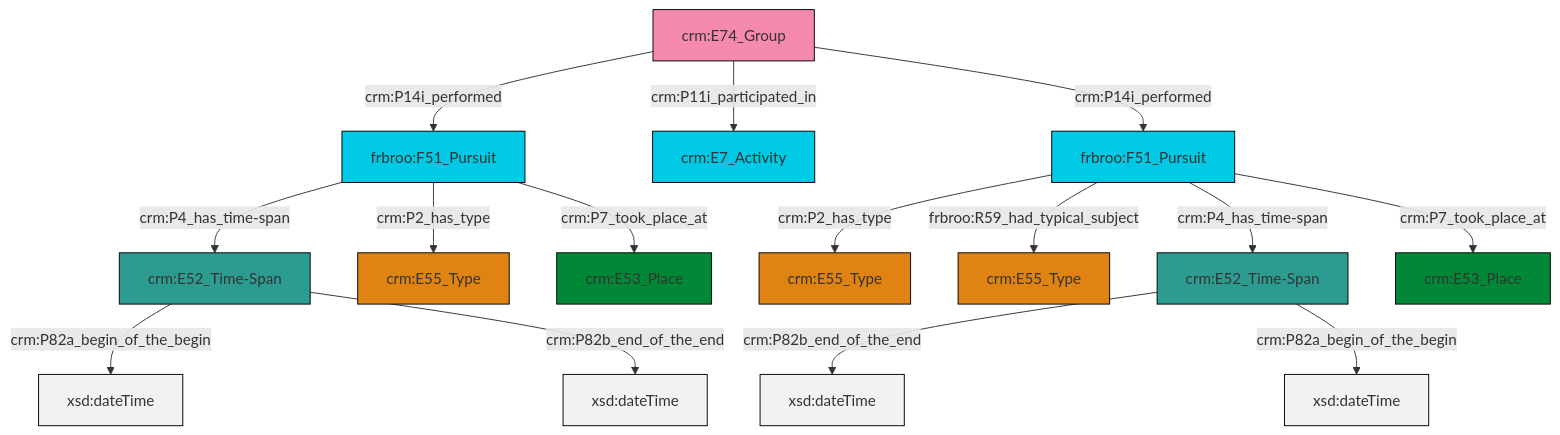
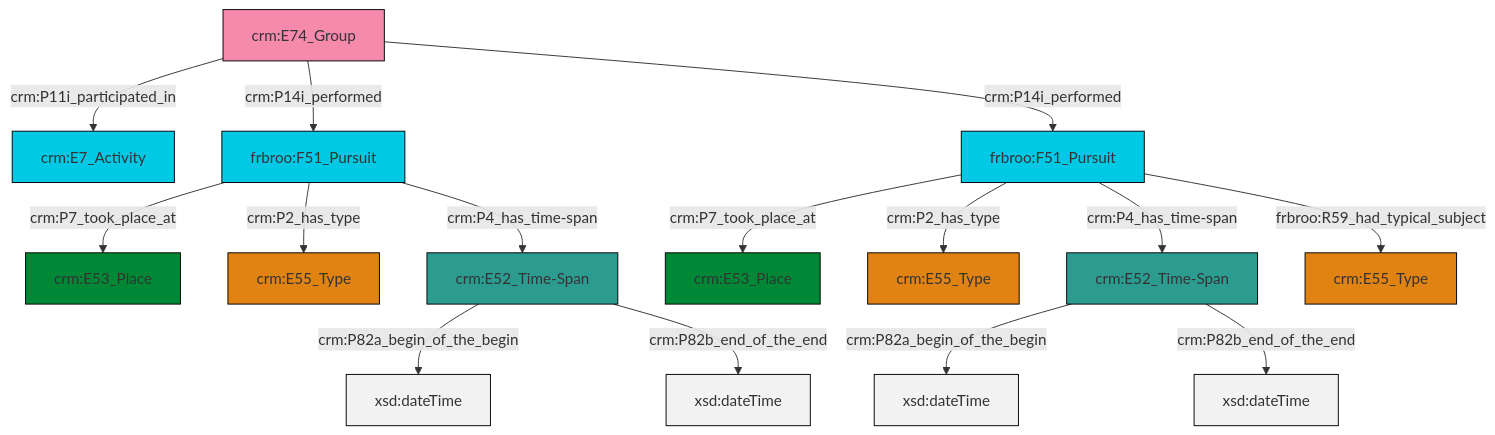
Before and after one commit to swiss-art-research-net/docs.swissartresearch: the diagram in et/groupCSV/ttl/mmd/group_events.ttl.mmd, drawn with Mermaid. The commit also changed 178 other files, not shown here.

```diff
--- a/et/groupCSV/ttl/mmd/group_events.ttl.mmd
+++ b/et/groupCSV/ttl/mmd/group_events.ttl.mmd
@@ -1,29 +1,29 @@
 graph TD
 classDef Literal fill:#f2f2f2,stroke:#000000;
 classDef CRM_Entity fill:#FFFFFF,stroke:#000000;
 classDef Temporal_Entity fill:#00C9E6, stroke:#000000;
 classDef Type fill:#E18312, stroke:#000000;
 classDef Time-Span fill:#2C9C91, stroke:#000000;
 classDef Appellation fill:#FFEB7F, stroke:#000000;
 classDef Place fill:#008836, stroke:#000000;
 classDef Persistent_Item fill:#B266B2, stroke:#000000;
 classDef Conceptual_Object fill:#FFD700, stroke:#000000;
 classDef Physical_Thing fill:#D2B48C, stroke:#000000;
 classDef Actor fill:#f58aad, stroke:#000000;
 classDef PC_Classes fill:#4ce600, stroke:#000000;
 classDef Multi fill:#cccccc,stroke:#000000;
 
-2["frbroo:F51_Pursuit"]:::Temporal_Entity -->|crm:P2_has_type| 0["crm:E55_Type"]:::Type
-3["crm:E52_Time-Span"]:::Time-Span -->|crm:P82a_begin_of_the_begin| 4[xsd:dateTime]:::Literal
-7["crm:E52_Time-Span"]:::Time-Span -->|crm:P82b_end_of_the_end| 8[xsd:dateTime]:::Literal
-9["frbroo:F51_Pursuit"]:::Temporal_Entity -->|crm:P4_has_time-span| 3["crm:E52_Time-Span"]:::Time-Span
-12["crm:E74_Group"]:::Actor -->|crm:P14i_performed| 9["frbroo:F51_Pursuit"]:::Temporal_Entity
-12["crm:E74_Group"]:::Actor -->|crm:P11i_participated_in| 13["crm:E7_Activity"]:::Temporal_Entity
-2["frbroo:F51_Pursuit"]:::Temporal_Entity -->|frbroo:R59_had_typical_subject| 14["crm:E55_Type"]:::Type
-7["crm:E52_Time-Span"]:::Time-Span -->|crm:P82a_begin_of_the_begin| 19[xsd:dateTime]:::Literal
-9["frbroo:F51_Pursuit"]:::Temporal_Entity -->|crm:P2_has_type| 10["crm:E55_Type"]:::Type
-2["frbroo:F51_Pursuit"]:::Temporal_Entity -->|crm:P4_has_time-span| 7["crm:E52_Time-Span"]:::Time-Span
-12["crm:E74_Group"]:::Actor -->|crm:P14i_performed| 2["frbroo:F51_Pursuit"]:::Temporal_Entity
-9["frbroo:F51_Pursuit"]:::Temporal_Entity -->|crm:P7_took_place_at| 21["crm:E53_Place"]:::Place
-2["frbroo:F51_Pursuit"]:::Temporal_Entity -->|crm:P7_took_place_at| 5["crm:E53_Place"]:::Place
-3["crm:E52_Time-Span"]:::Time-Span -->|crm:P82b_end_of_the_end| 25[xsd:dateTime]:::Literal
+4["crm:E52_Time-Span"]:::Time-Span -->|crm:P82a_begin_of_the_begin| 5[xsd:dateTime]:::Literal
+6["frbroo:F51_Pursuit"]:::Temporal_Entity -->|crm:P7_took_place_at| 7["crm:E53_Place"]:::Place
+2["crm:E74_Group"]:::Actor -->|crm:P11i_participated_in| 9["crm:E7_Activity"]:::Temporal_Entity
+0["crm:E52_Time-Span"]:::Time-Span -->|crm:P82a_begin_of_the_begin| 10[xsd:dateTime]:::Literal
+11["frbroo:F51_Pursuit"]:::Temporal_Entity -->|crm:P7_took_place_at| 13["crm:E53_Place"]:::Place
+11["frbroo:F51_Pursuit"]:::Temporal_Entity -->|crm:P2_has_type| 17["crm:E55_Type"]:::Type
+11["frbroo:F51_Pursuit"]:::Temporal_Entity -->|crm:P4_has_time-span| 4["crm:E52_Time-Span"]:::Time-Span
+6["frbroo:F51_Pursuit"]:::Temporal_Entity -->|crm:P2_has_type| 14["crm:E55_Type"]:::Type
+11["frbroo:F51_Pursuit"]:::Temporal_Entity -->|frbroo:R59_had_typical_subject| 18["crm:E55_Type"]:::Type
+2["crm:E74_Group"]:::Actor -->|crm:P14i_performed| 6["frbroo:F51_Pursuit"]:::Temporal_Entity
+2["crm:E74_Group"]:::Actor -->|crm:P14i_performed| 11["frbroo:F51_Pursuit"]:::Temporal_Entity
+4["crm:E52_Time-Span"]:::Time-Span -->|crm:P82b_end_of_the_end| 23[xsd:dateTime]:::Literal
+6["frbroo:F51_Pursuit"]:::Temporal_Entity -->|crm:P4_has_time-span| 0["crm:E52_Time-Span"]:::Time-Span
+0["crm:E52_Time-Span"]:::Time-Span -->|crm:P82b_end_of_the_end| 26[xsd:dateTime]:::Literal
```
